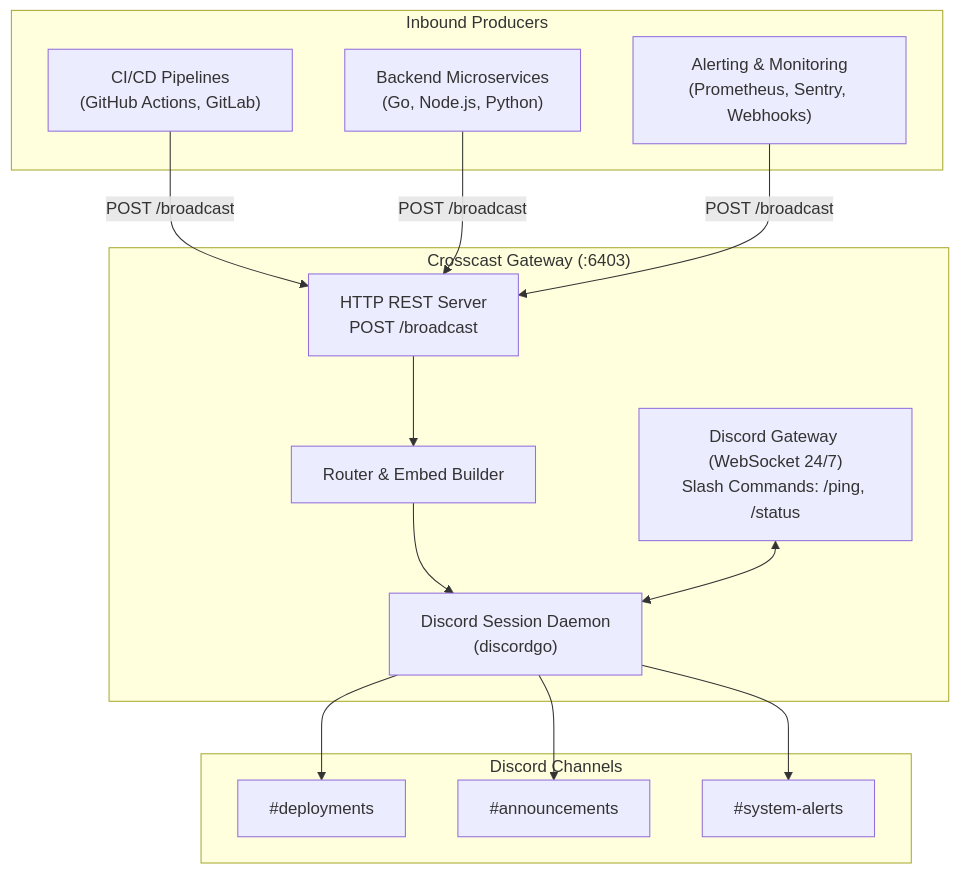
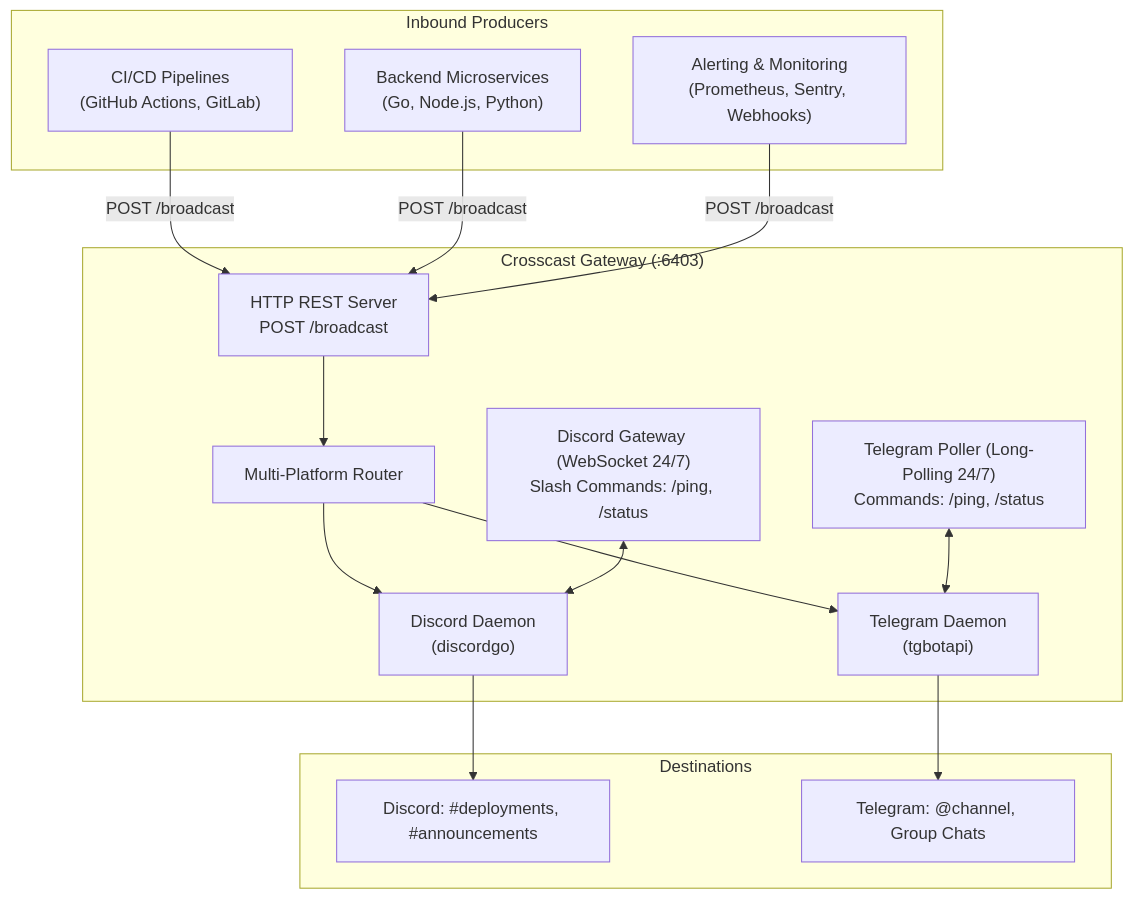
One commit to betothewizard/crosscast changed the diagram in README.md. Above: the diagram before and after it, drawn with Mermaid. The commit also changed other lines of this file and 17 other files, not shown here.

Commit message:
feat: add Telegram bot integration and multi-platform broadcasting

````diff
--- a/README.md
+++ b/README.md
@@ -28,24 +31,25 @@
 ```mermaid
 flowchart TD
     subgraph Producers ["Inbound Producers"]
         A["CI/CD Pipelines<br/>(GitHub Actions, GitLab)"]
         B["Backend Microservices<br/>(Go, Node.js, Python)"]
         C["Alerting & Monitoring<br/>(Prometheus, Sentry, Webhooks)"]
     end
 
     subgraph Crosscast ["Crosscast Gateway (:6403)"]
-        D["HTTP REST Server<br/>POST /broadcast"] --> E["Router & Embed Builder"]
-        E --> F["Discord Session Daemon<br/>(discordgo)"]
-        G["Discord Gateway (WebSocket 24/7)<br/>Slash Commands: /ping, /status"] <--> F
+        D["HTTP REST Server<br/>POST /broadcast"] --> E["Multi-Platform Router"]
+        E --> F["Discord Daemon<br/>(discordgo)"]
+        E --> G["Telegram Daemon<br/>(tgbotapi)"]
+        H["Discord Gateway (WebSocket 24/7)<br/>Slash Commands: /ping, /status"] <--> F
+        I["Telegram Poller (Long-Polling 24/7)<br/>Commands: /ping, /status"] <--> G
     end
 
-    subgraph Community ["Discord Channels"]
-        F --> H["#deployments"]
-        F --> I["#announcements"]
-        F --> J["#system-alerts"]
+    subgraph Communities ["Destinations"]
+        F --> J["Discord: #deployments, #announcements"]
+        G --> K["Telegram: @channel, Group Chats"]
     end
 
     A -- "POST /broadcast" --> D
     B -- "POST /broadcast" --> D
     C -- "POST /broadcast" --> D
 ```
````
